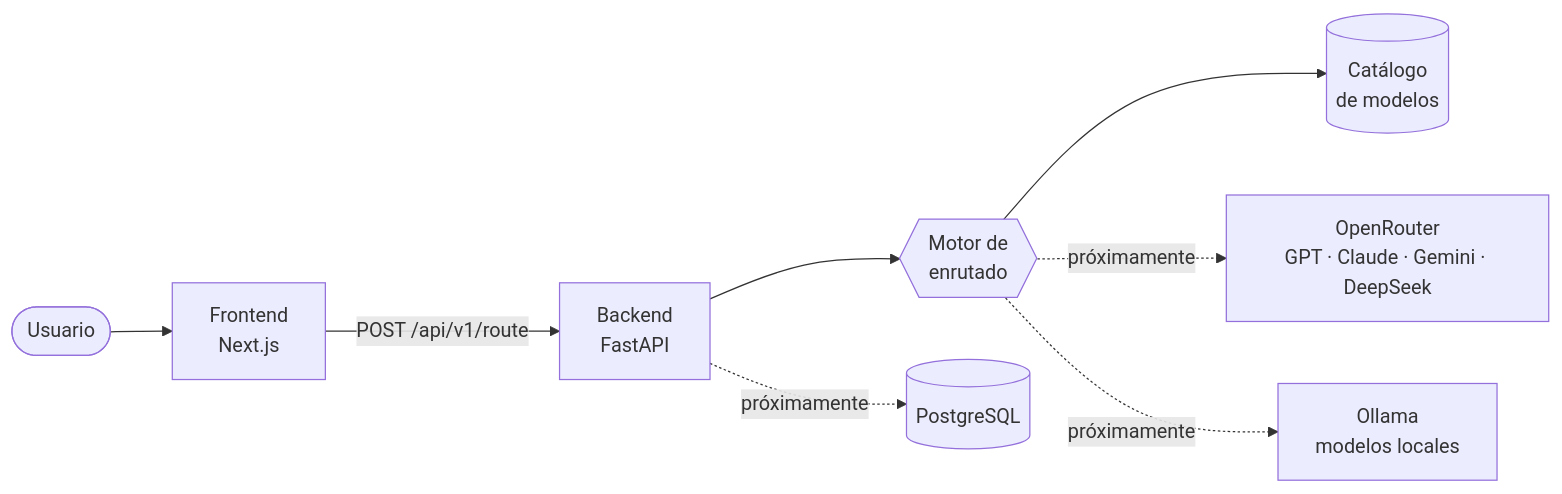
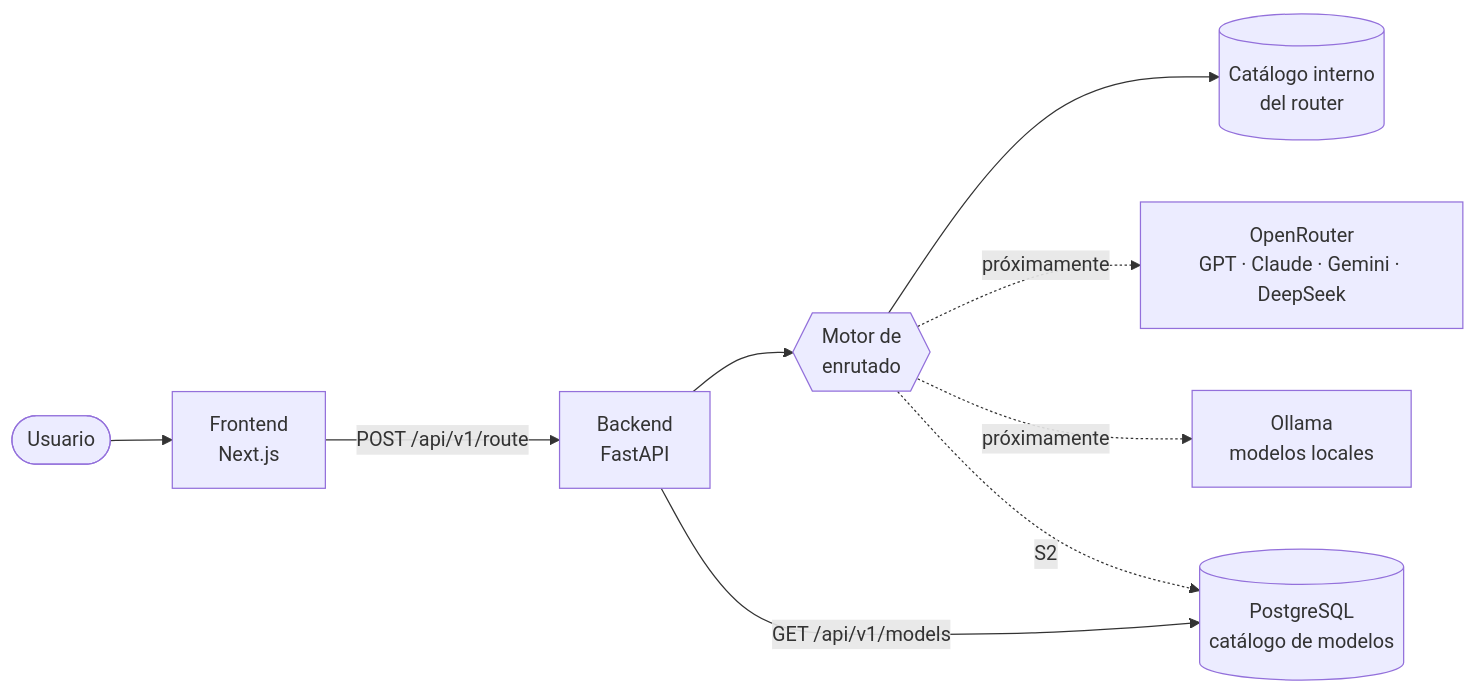
The diagram in README.md (sofia-casado-sainz/ai-router-dashboard), drawn with Mermaid before and after one commit. The commit also changed other lines of this file and 2 other files, not shown here.

````diff
--- a/README.md
+++ b/README.md
@@ -42,10 +42,11 @@
 ```mermaid
 flowchart LR
     U([Usuario]) --> FE[Frontend<br/>Next.js]
     FE -->|POST /api/v1/route| BE[Backend<br/>FastAPI]
     BE --> RE{{Motor de<br/>enrutado}}
-    RE --> CAT[(Catálogo<br/>de modelos)]
+    RE --> CAT[(Catálogo interno<br/>del router)]
     RE -. próximamente .-> OR[OpenRouter<br/>GPT · Claude · Gemini · DeepSeek]
     RE -. próximamente .-> OL[Ollama<br/>modelos locales]
-    BE -. próximamente .-> DB[(PostgreSQL)]
+    BE -->|GET /api/v1/models| DB[(PostgreSQL<br/>catálogo de modelos)]
+    RE -. S2 .-> DB
 ```
````
